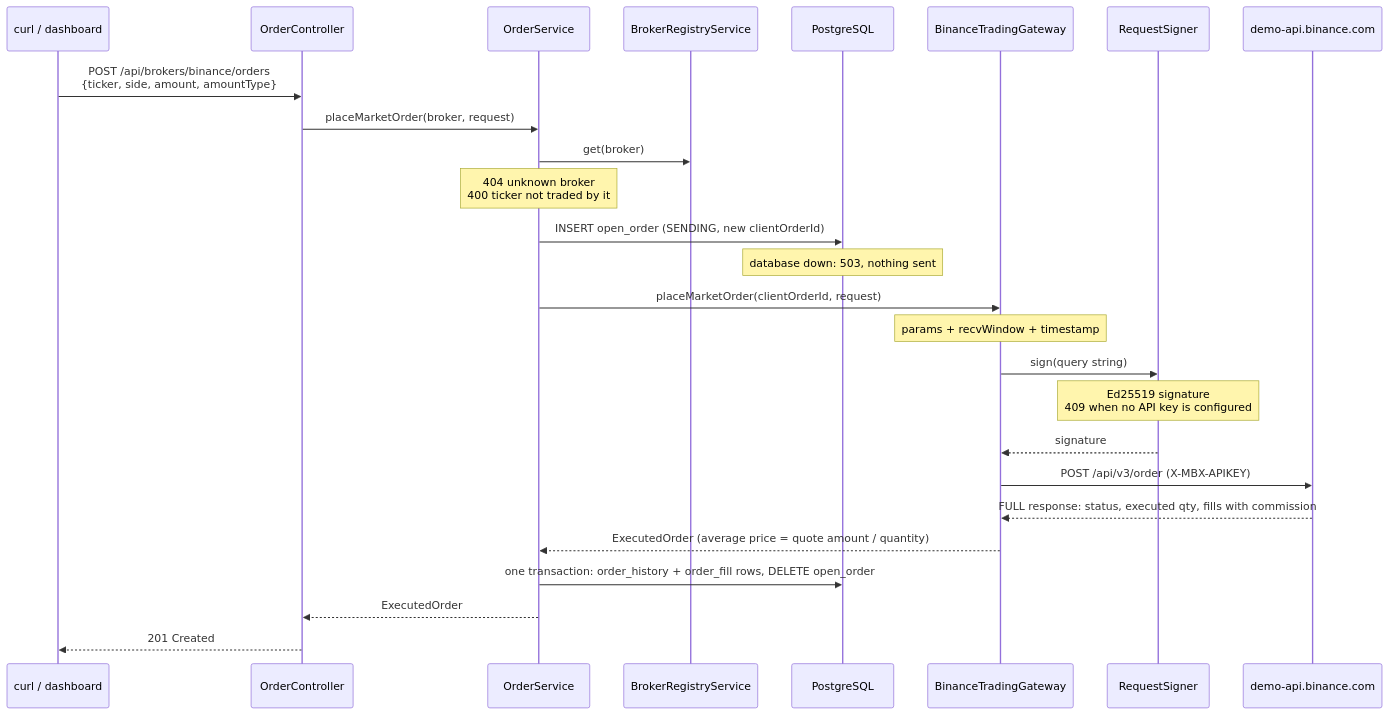
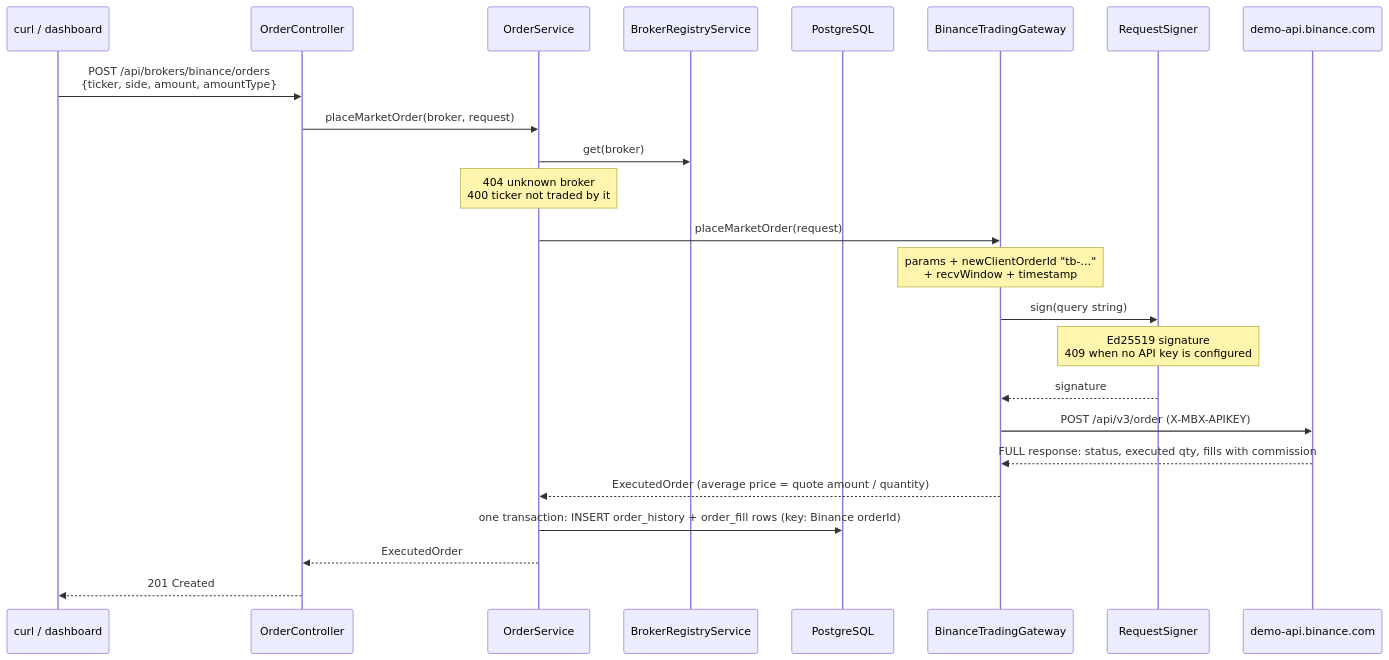
One commit to ShadowOfDiablo/t212-coding-task changed diagram 11 of 20 in docs/ARCHITECTURE.md. Above: the diagram before and after it, drawn with Mermaid. The commit also changed other lines of this file and 28 other files, not shown here.

First line of the commit message:
Key live orders by Binance's order id and return list records (#14)

````diff
--- a/docs/ARCHITECTURE.md
+++ b/docs/ARCHITECTURE.md
@@ -417,29 +417,27 @@
 ```mermaid
 sequenceDiagram
     participant C as curl / dashboard
     participant API as OrderController
     participant S as OrderService
     participant R as BrokerRegistryService
     participant D as PostgreSQL
     participant G as BinanceTradingGateway
     participant K as RequestSigner
     participant B as demo-api.binance.com
 
     C->>API: POST /api/brokers/binance/orders<br/>{ticker, side, amount, amountType}
     API->>S: placeMarketOrder(broker, request)
     S->>R: get(broker)
     Note over S: 404 unknown broker<br/>400 ticker not traded by it
-    S->>D: INSERT open_order (SENDING, new clientOrderId)
-    Note over D: database down: 503, nothing sent
-    S->>G: placeMarketOrder(clientOrderId, request)
-    Note over G: params + recvWindow + timestamp
+    S->>G: placeMarketOrder(request)
+    Note over G: params + newClientOrderId "tb-…"<br/>+ recvWindow + timestamp
     G->>K: sign(query string)
     Note over K: Ed25519 signature<br/>409 when no API key is configured
     K-->>G: signature
     G->>B: POST /api/v3/order (X-MBX-APIKEY)
     B-->>G: FULL response: status, executed qty, fills with commission
     G-->>S: ExecutedOrder (average price = quote amount / quantity)
-    S->>D: one transaction: order_history + order_fill rows, DELETE open_order
+    S->>D: one transaction: INSERT order_history + order_fill rows (key: Binance orderId)
     S-->>API: ExecutedOrder
     API-->>C: 201 Created
 ```
````
